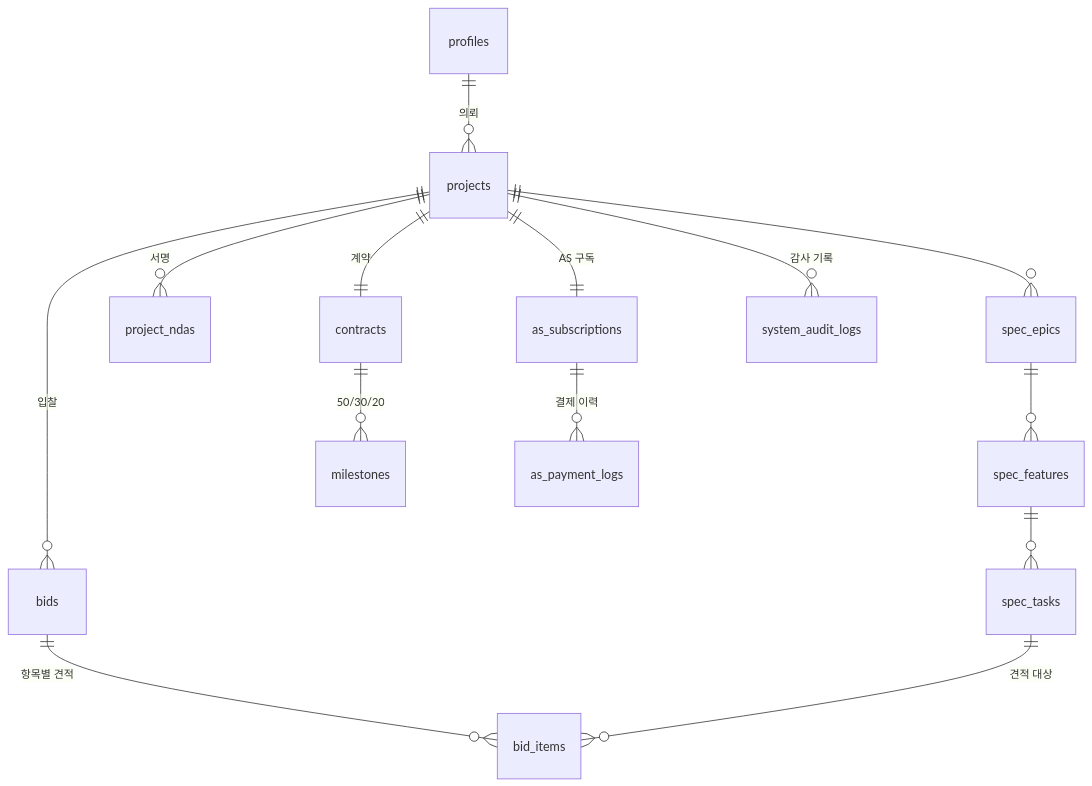
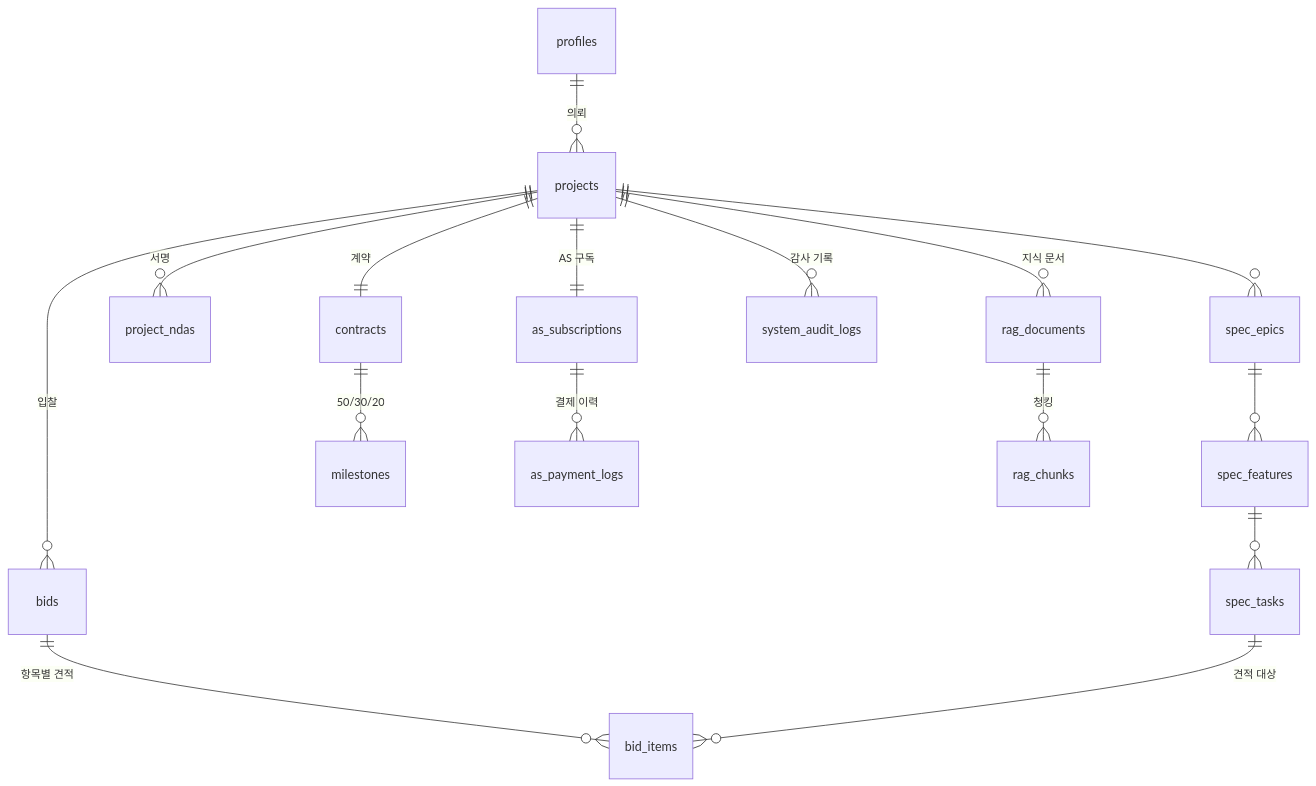
The diagram in docs/database.md (beduleham/templar), drawn with Mermaid before and after one commit. The commit also changed other lines of this file and 15 other files, not shown here.

````diff
--- a/docs/database.md
+++ b/docs/database.md
@@ -24,16 +26,18 @@
 ```mermaid
 erDiagram
   profiles ||--o{ projects : "의뢰"
   projects ||--o{ spec_epics : ""
   spec_epics ||--o{ spec_features : ""
   spec_features ||--o{ spec_tasks : ""
   projects ||--o{ project_ndas : "서명"
   projects ||--o{ bids : "입찰"
   bids ||--o{ bid_items : "항목별 견적"
   spec_tasks ||--o{ bid_items : "견적 대상"
   projects ||--|| contracts : "계약"
   contracts ||--o{ milestones : "50/30/20"
   projects ||--|| as_subscriptions : "AS 구독"
   as_subscriptions ||--o{ as_payment_logs : "결제 이력"
   projects ||--o{ system_audit_logs : "감사 기록"
+  projects ||--o{ rag_documents : "지식 문서"
+  rag_documents ||--o{ rag_chunks : "청킹"
 ```
````
